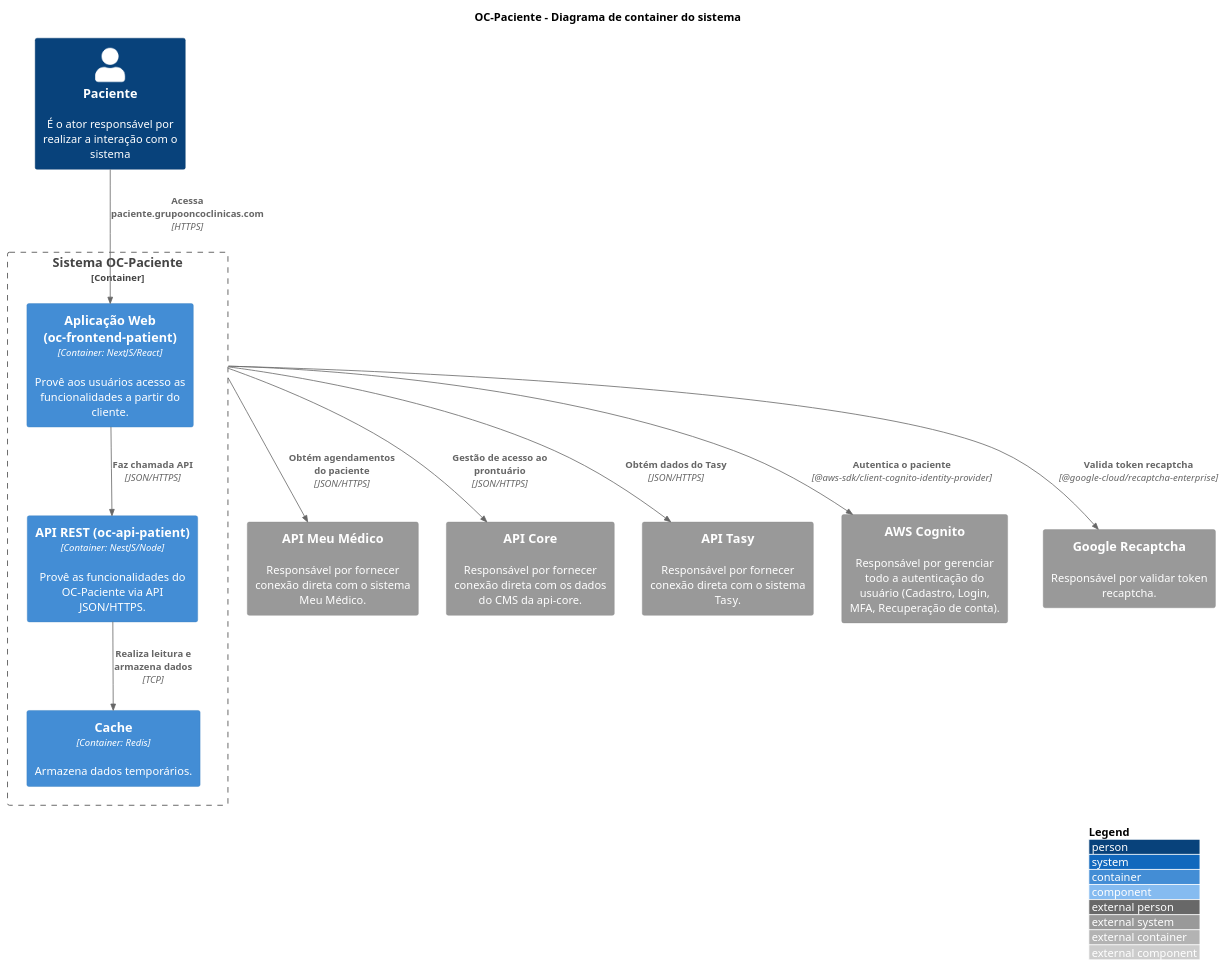
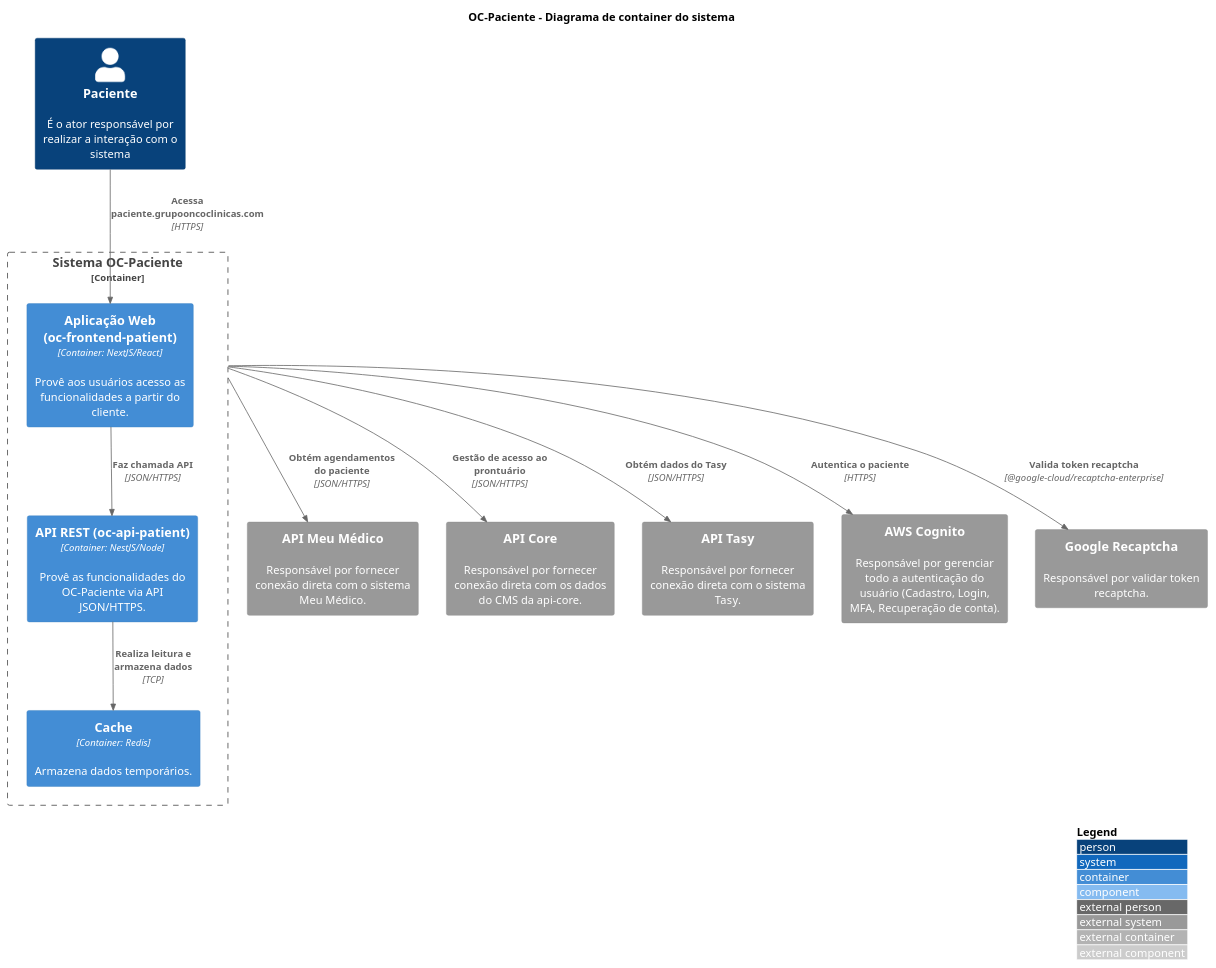
The diagram in src/OC-Paciente/C1. Visão Geral/C2. Sistema/containers.puml (luizggbasedigital/poc-oc-docs), drawn with PlantUML before and after one commit. The commit also changed 7 other files, not shown here.

Commit message:
docs: remove lib declarations in context and containers diagrams

```diff
--- a/src/OC-Paciente/C1. Visão Geral/C2. Sistema/containers.puml
+++ b/src/OC-Paciente/C1. Visão Geral/C2. Sistema/containers.puml
@@ -1,39 +1,39 @@
 @startuml "Container Diagram"
 
 title "OC-Paciente - Diagrama de container do sistema"
 
 !include https://raw.githubusercontent.com/adrianvlupu/C4-PlantUML/latest/C4_Component.puml
 
 LAYOUT_WITH_LEGEND()
 
 skinparam backgroundcolor transparent
 
 /'Actors'/
 Person(ActorPatient, "Paciente", "É o ator responsável por realizar a interação com o sistema")
 
 /'Internal Systems'/
 Container_Boundary(SystemOCPatient, "Sistema OC-Paciente") {
   Container(ContainerWebApp, "Aplicação Web (oc-frontend-patient)", "Container: NextJS/React", "Provê aos usuários acesso as funcionalidades a partir do cliente.")
   Container(ContainerServerApi, "API REST (oc-api-patient)", "Container: NestJS/Node", "Provê as funcionalidades do OC-Paciente via API JSON/HTTPS.")
   Container(ContainerDatabaseRedis, "Cache", "Container: Redis", "Armazena dados temporários.")
 
   Rel(ActorPatient, ContainerWebApp, "Acessa paciente.grupooncoclinicas.com", "HTTPS")
   Rel(ContainerServerApi, ContainerDatabaseRedis, "Realiza leitura e armazena dados", "TCP")
   Rel(ContainerWebApp, ContainerServerApi, "Faz chamada API", "JSON/HTTPS")
 }
 
 /'External Systems'/
 System_Ext(SystemMyPhysicianApi, "API Meu Médico", "Responsável por fornecer conexão direta com o sistema Meu Médico.")
 System_Ext(SystemApiCore, "API Core", "Responsável por fornecer conexão direta com os dados do CMS da api-core.")
 System_Ext(SystemTasyApi, "API Tasy", "Responsável por fornecer conexão direta com o sistema Tasy.")
 System_Ext(SystemAWSCognito, "AWS Cognito", "Responsável por gerenciar todo a autenticação do usuário (Cadastro, Login, MFA, Recuperação de conta).")
 System_Ext(SystemGoogleRecaptcha, "Google Recaptcha", "Responsável por validar token recaptcha.")
 
 /'Relations'/
 Rel(SystemOCPatient, SystemGoogleRecaptcha, "Valida token recaptcha", "@google-cloud/recaptcha-enterprise")
-Rel(SystemOCPatient, SystemAWSCognito, "Autentica o paciente", "@aws-sdk/client-cognito-identity-provider")
+Rel(SystemOCPatient, SystemAWSCognito, "Autentica o paciente", "HTTPS")
 Rel(SystemOCPatient, SystemMyPhysicianApi, "Obtém agendamentos do paciente", "JSON/HTTPS")
 Rel(SystemOCPatient, SystemTasyApi, "Obtém dados do Tasy", "JSON/HTTPS")
 Rel(SystemOCPatient, SystemApiCore, "Gestão de acesso ao prontuário", "JSON/HTTPS")
 
 @enduml
```
